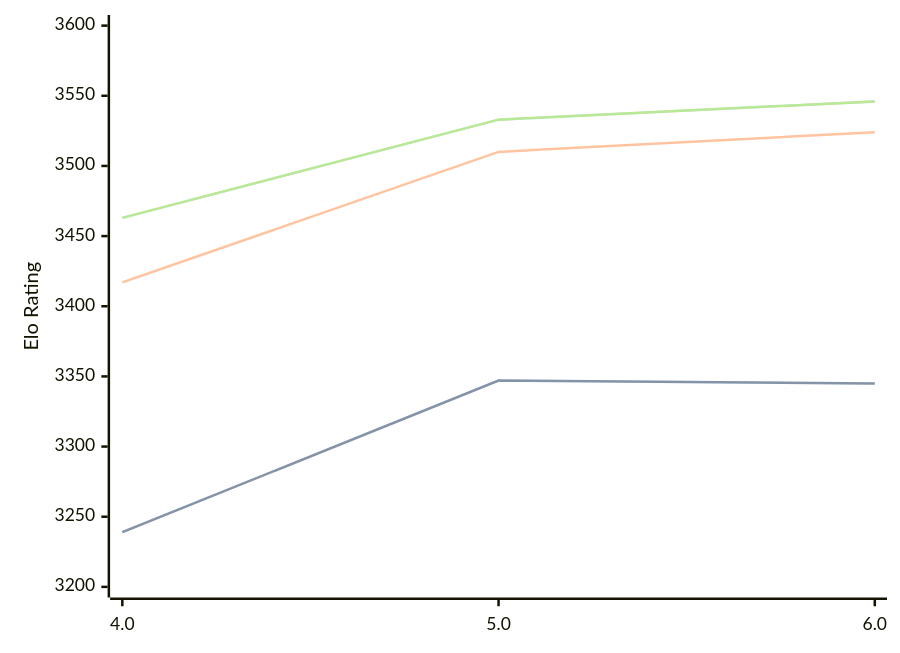
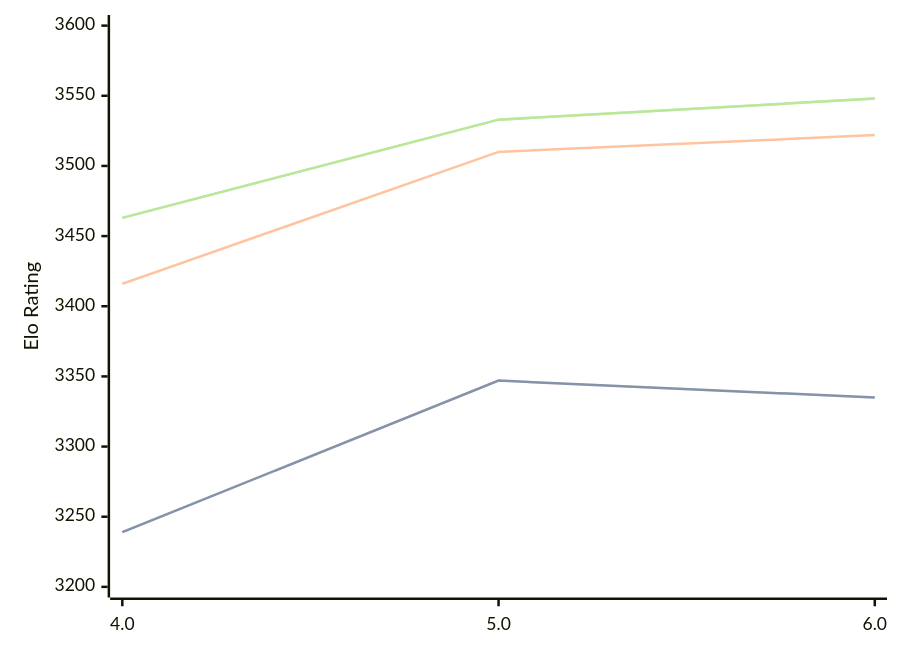
One commit to computer-chess-index/cci changed the third of 3 diagrams in engines/Tarnished.md. Above: the diagram before and after it, drawn with Mermaid. The commit also changed other lines of this file, not shown here.

Commit message:
Update CCI Ratings (ELO VLTC) - 2026-06-20

````diff
--- a/engines/Tarnished.md
+++ b/engines/Tarnished.md
@@ -70,11 +70,11 @@
 ```mermaid
 %%{init: {"theme":"base","themeVariables":{"seriesColors:['#a3a3a3','#222221','#faa371']}}}%%
 xychart-beta
   x-axis ["4.0", "5.0", "6.0"]
   y-axis "Elo Rating" 3200 --> 3600
-  line "STC (8.0+0.08s)" [3239, 3347, 3345]
-  line "STC (8.0+0.08s)" [3239, 3347, 3345]
-  line "LTC (60.0+0.60s)" [3417, 3510, 3524]
-  line "VLTC (2m24s+1.12s)" [3463, 3533, 3546]
-  line "VLTC (2m24s+1.12s)" [3463, 3533, 3546]
+  line "STC (8.0+0.08s)" [3239, 3347, 3335]
+  line "STC (8.0+0.08s)" [3239, 3347, 3335]
+  line "LTC (60.0+0.60s)" [3416, 3510, 3522]
+  line "VLTC (2m24s+1.12s)" [3463, 3533, 3548]
+  line "VLTC (2m24s+1.12s)" [3463, 3533, 3548]
 ```
````
